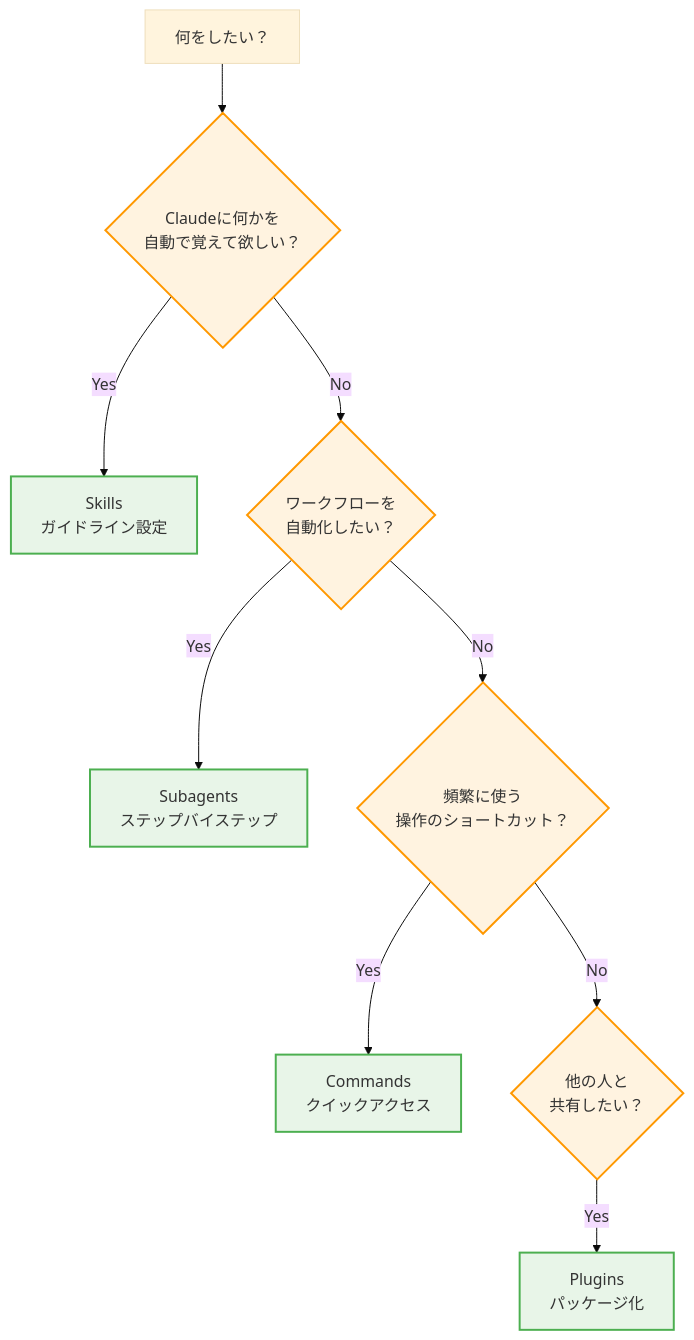
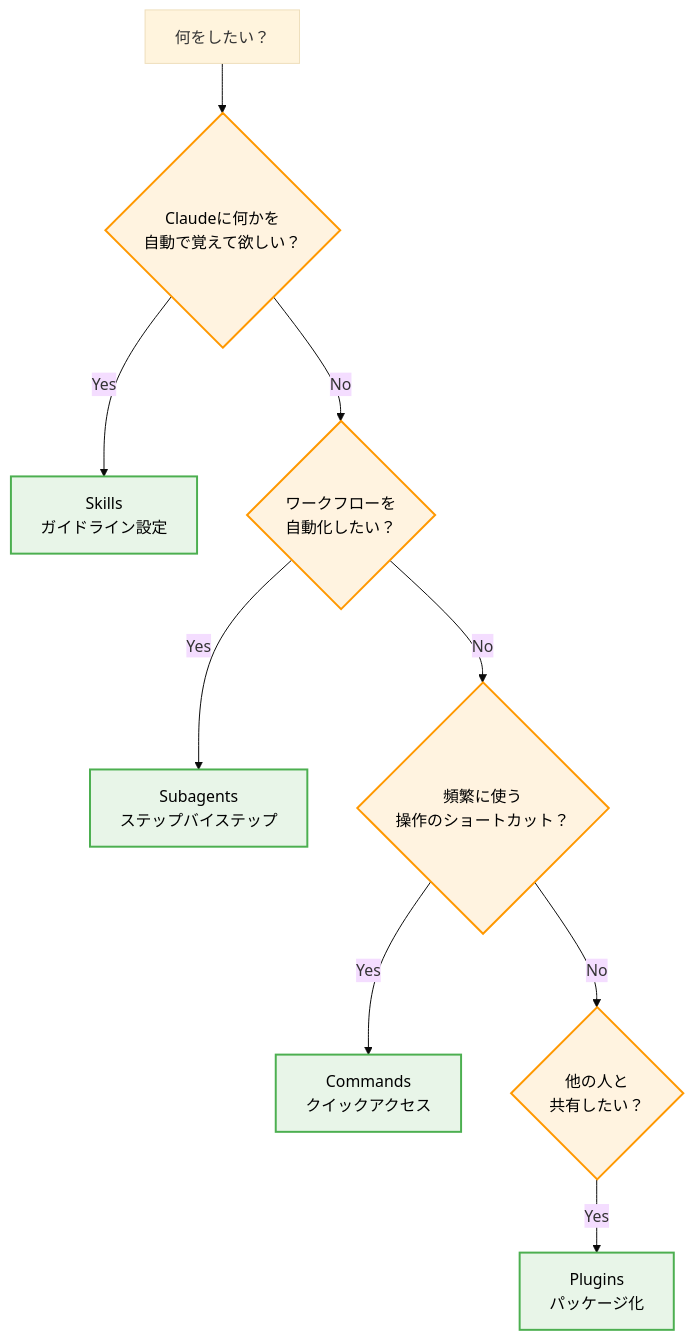
One commit to majikana-rinadehi/document-hub changed the diagram in output/2a0354cfb4ef8025968cdca16c99ceef.md. Above: the diagram before and after it, drawn with Mermaid (base theme). The commit also changed other lines of this file and 1 other file, not shown here.

````diff
--- a/output/2a0354cfb4ef8025968cdca16c99ceef.md
+++ b/output/2a0354cfb4ef8025968cdca16c99ceef.md
@@ -18,17 +18,17 @@
 ```mermaid
 flowchart TD
     Start[何をしたい？] --> Remember{Claudeに何かを<br/>自動で覚えて欲しい？}
     Remember -->|Yes| Skills[Skills<br/>ガイドライン設定]
     Remember -->|No| Automate{ワークフローを<br/>自動化したい？}
     Automate -->|Yes| Subagents[Subagents<br/>ステップバイステップ]
     Automate -->|No| Shortcut{頻繁に使う<br/>操作のショートカット？}
     Shortcut -->|Yes| Commands[Commands<br/>クイックアクセス]
     Shortcut -->|No| Share{他の人と<br/>共有したい？}
     Share -->|Yes| Plugins[Plugins<br/>パッケージ化]
 
-    classDef decision fill:#fff3e0,stroke:#ff9800,stroke-width:2px
-    classDef solution fill:#e8f5e8,stroke:#4caf50,stroke-width:2px
+    classDef decision fill:#fff3e0,stroke:#ff9800,stroke-width:2px,color:black
+    classDef solution fill:#e8f5e8,stroke:#4caf50,stroke-width:2px,color:black
 
     class Remember,Automate,Shortcut,Share decision
     class Skills,Subagents,Commands,Plugins solution
 ```
````
